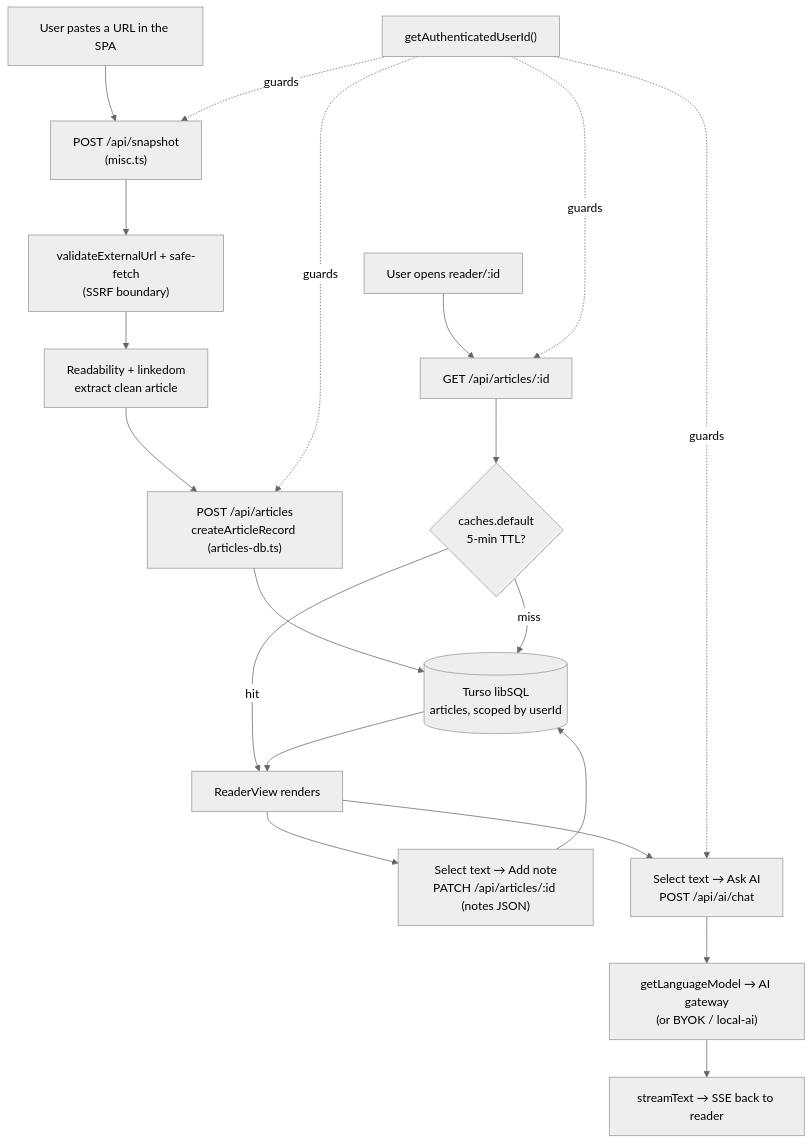
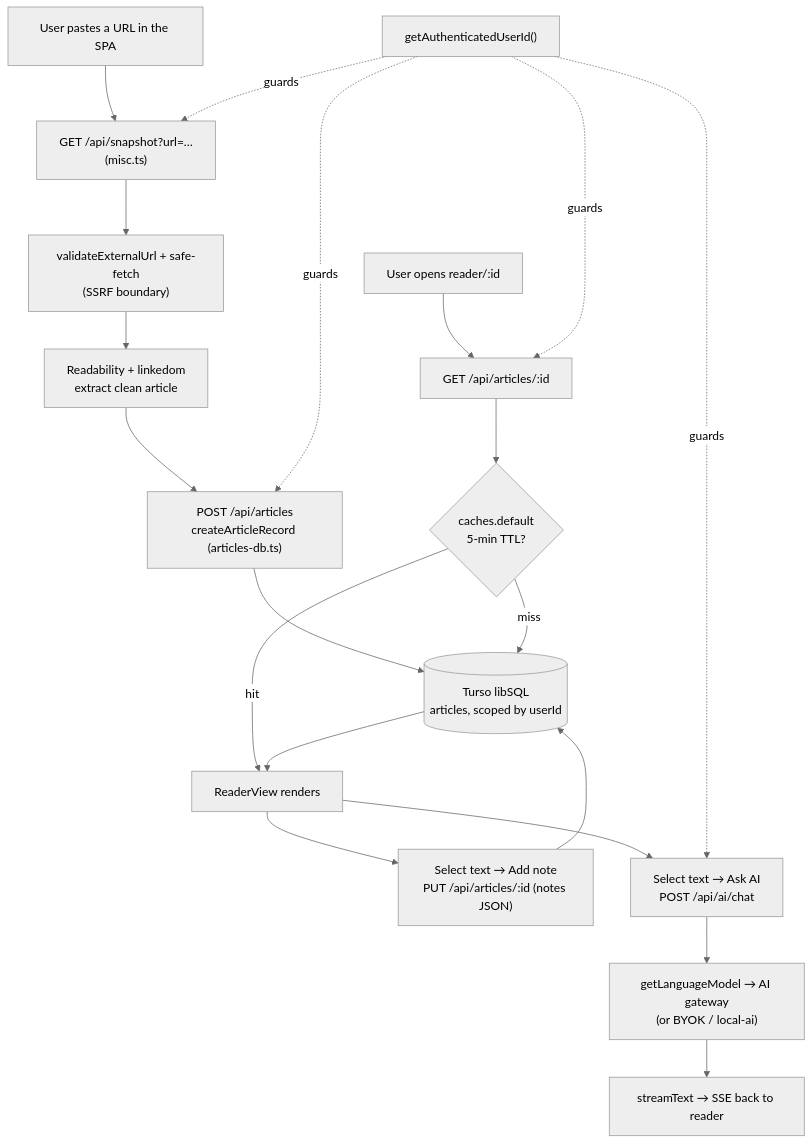
Before and after one commit to Significant-Hobbies/reader: the diagram in docs/architecture/how-it-works.md, drawn with Mermaid (neutral theme). The commit also changed other lines of this file and 6 other files, not shown here.

````diff
--- a/docs/architecture/how-it-works.md
+++ b/docs/architecture/how-it-works.md
@@ -69,23 +69,23 @@
 ```mermaid
 flowchart TD
-    U[User pastes a URL in the SPA] --> SNAP["POST /api/snapshot<br/>(misc.ts)"]
+    U[User pastes a URL in the SPA] --> SNAP["GET /api/snapshot?url=…<br/>(misc.ts)"]
     SNAP --> SF["validateExternalUrl + safe-fetch<br/>(SSRF boundary)"]
     SF --> READ["Readability + linkedom<br/>extract clean article"]
     READ --> SAVE["POST /api/articles<br/>createArticleRecord (articles-db.ts)"]
     SAVE --> DB[(Turso libSQL<br/>articles, scoped by userId)]
     U2[User opens reader/:id] --> GET["GET /api/articles/:id"]
     GET --> CACHE{"caches.default<br/>5-min TTL?"}
     CACHE -->|hit| RENDER[ReaderView renders]
     CACHE -->|miss| DB
     DB --> RENDER
-    RENDER --> NOTE["Select text → Add note<br/>PATCH /api/articles/:id (notes JSON)"]
+    RENDER --> NOTE["Select text → Add note<br/>PUT /api/articles/:id (notes JSON)"]
     NOTE --> DB
     RENDER --> ASK["Select text → Ask AI<br/>POST /api/ai/chat"]
     ASK --> GW["getLanguageModel → AI gateway<br/>(or BYOK / local-ai)"]
     GW --> STREAM["streamText → SSE back to reader"]
 
     AUTH["getAuthenticatedUserId()"] -.guards.-> SNAP
     AUTH -.guards.-> SAVE
     AUTH -.guards.-> GET
     AUTH -.guards.-> ASK
 ```
````
